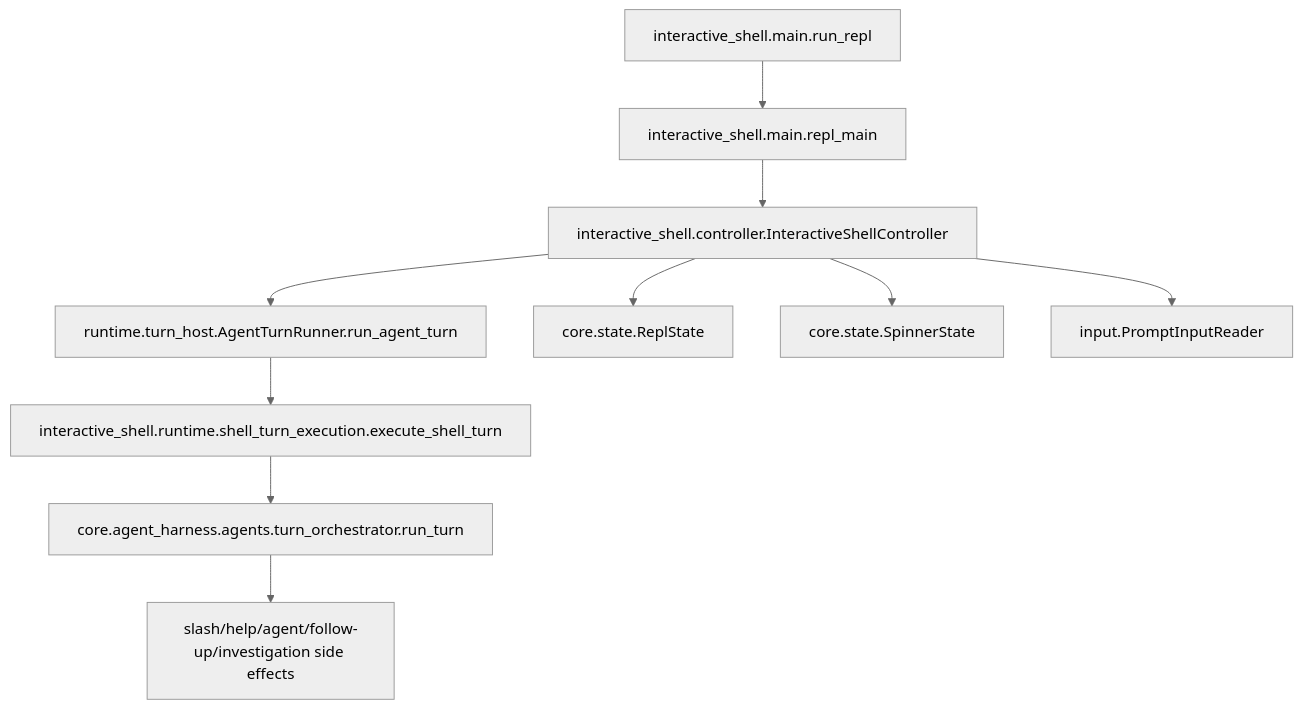
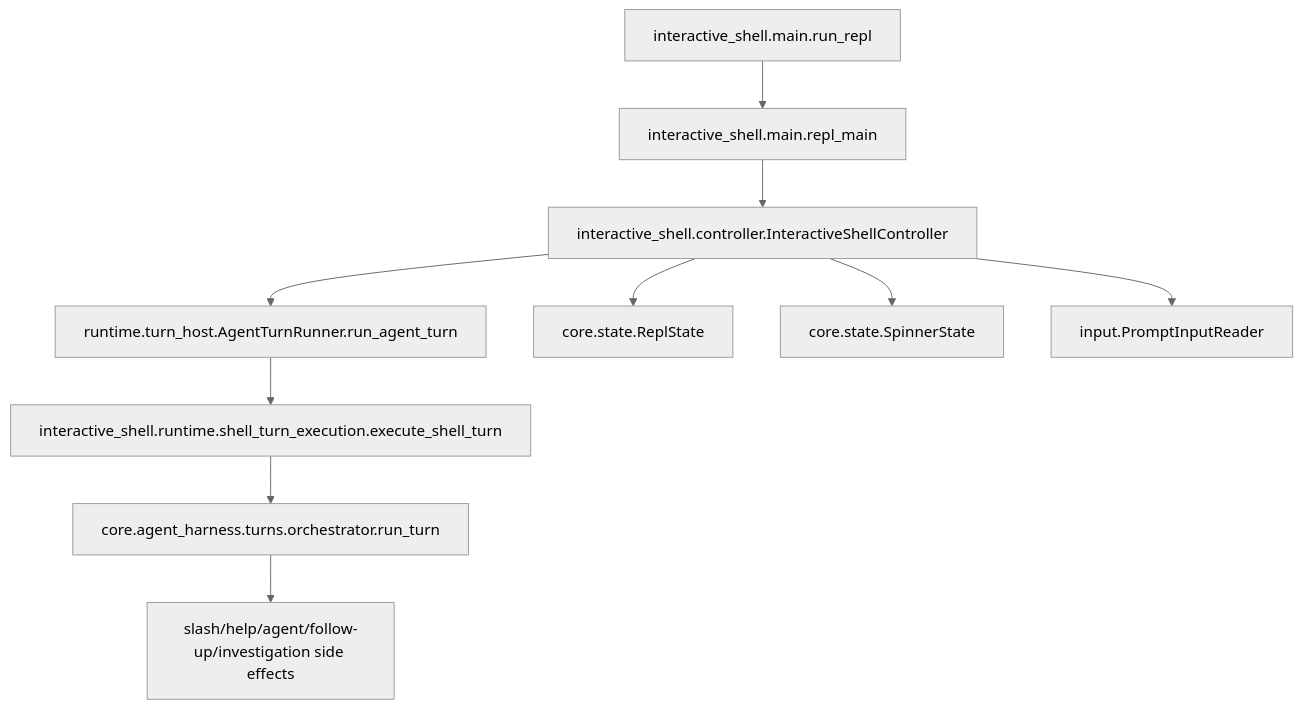
The diagram in surfaces/interactive_shell/runtime/AGENTS.md (Tracer-Cloud/open-sre-agent), drawn with Mermaid (neutral theme) before and after one commit. The commit also changed other lines of this file and 35 other files, not shown here.

Commit message:
refactor: rename agents to turns in agent_harness

````diff
--- a/surfaces/interactive_shell/runtime/AGENTS.md
+++ b/surfaces/interactive_shell/runtime/AGENTS.md
@@ -95,12 +95,12 @@
 ```mermaid
 flowchart TD
   runRepl["interactive_shell.main.run_repl"] --> replMain["interactive_shell.main.repl_main"]
   replMain --> controller["interactive_shell.controller.InteractiveShellController"]
   controller --> turnHost["runtime.turn_host.AgentTurnRunner.run_agent_turn"]
   turnHost --> turnEntry["interactive_shell.runtime.shell_turn_execution.execute_shell_turn"]
-  turnEntry --> coreHarness["core.agent_harness.agents.turn_orchestrator.run_turn"]
+  turnEntry --> coreHarness["core.agent_harness.turns.orchestrator.run_turn"]
   coreHarness --> sideEffects["slash/help/agent/follow-up/investigation side effects"]
   controller --> replState["core.state.ReplState"]
   controller --> spinnerState["core.state.SpinnerState"]
   controller --> inputReader["input.PromptInputReader"]
 ```
````
